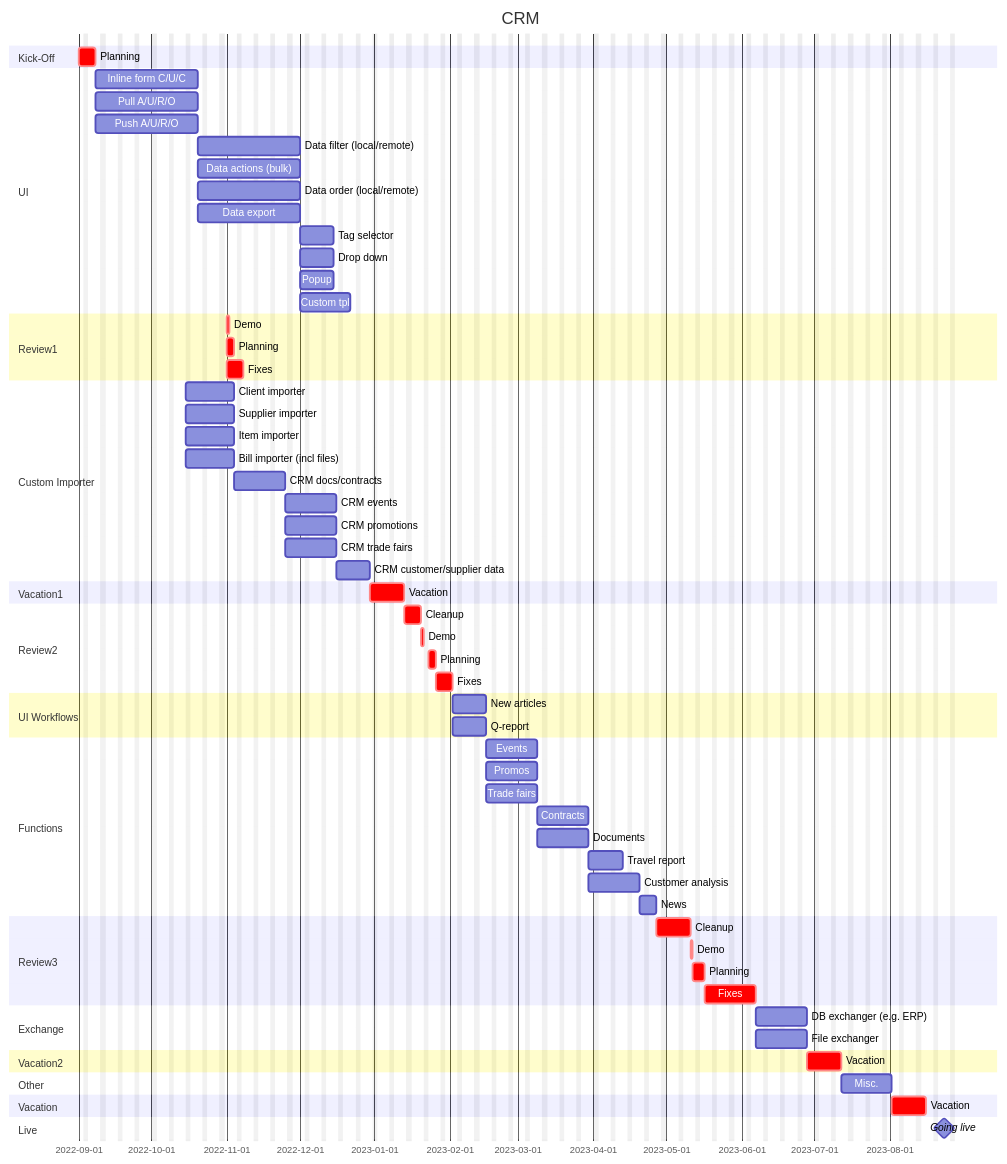
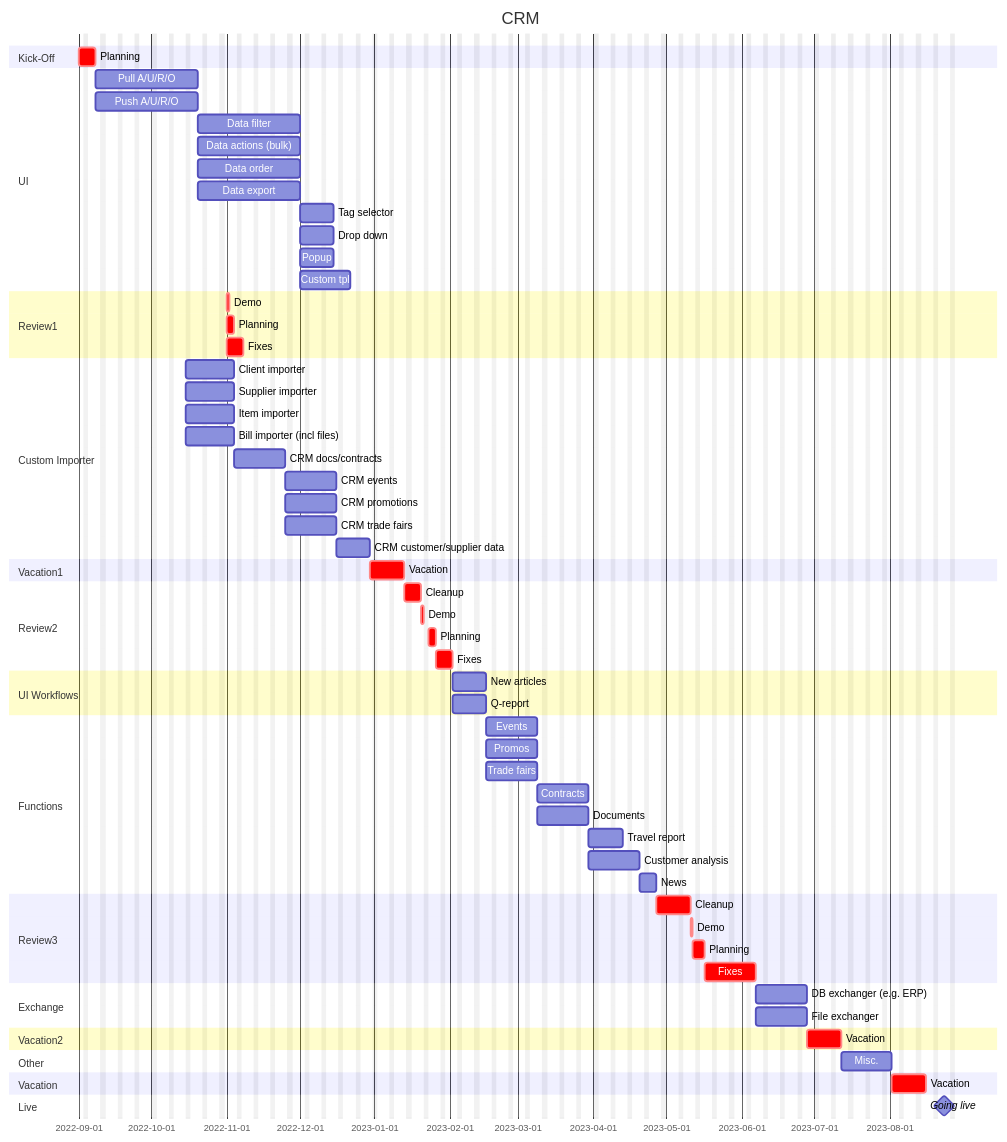
Before and after one commit to Karaka-Management/Organization-Guide: the diagram in Project/Pilot1/Timeline.md, drawn with Mermaid. The commit also changed 21 other files, not shown here.

````diff
--- a/Project/Pilot1/Timeline.md
+++ b/Project/Pilot1/Timeline.md
@@ -3,69 +3,68 @@
 ```mermaid
 gantt
     title 		CRM
     dateFormat  YYYY-MM-DD
     excludes 	weekends
     section Kick-Off
     	Planning					:crit, a, 2022-09-01, 5d
     section UI
-        Inline form C/U/C 			:1a1, after a, 30d
         Pull A/U/R/O 	 			:1a2, after a, 30d
         Push A/U/R/O 	 			:1a3, after a, 30d
-    	Data filter (local/remote)	:1b1, after 1a1, 30d
+    	Data filter 				:1b1, after 1a1, 30d
     	Data actions (bulk)			:1b2, after 1a1, 30d
-    	Data order   (local/remote)	:1b3, after 1a1, 30d
+    	Data order  				:1b3, after 1a1, 30d
     	Data export  				:1b4, after 1a1, 30d
     	Tag selector				:1c1, after 1b4, 10d
     	Drop down					:1c2, after 1b4, 10d
     	Popup						:1c3, after 1b4, 10d
     	Custom tpl			 		:1d1, after 1b1, 15d
     section Review1
     	Demo						:crit, 0a1, 2022-11-01, 1d
     	Planning					:crit, 0a2, 2022-11-01, 3d
     	Fixes						:crit, 0a3, 2022-11-01, 5d
     section Custom Importer
     	Client importer      		:2a1, 2022-10-15, 15d
     	Supplier importer    		:2b1, 2022-10-15, 15d
     	Item importer        		:2c1, 2022-10-15, 15d
     	Bill importer (incl files)  :2d1, 2022-10-15, 15d
     	CRM docs/contracts			:2e1, after 2d1, 15d
     	CRM events					:2f1, after 2e1, 15d
     	CRM promotions				:2f2, after 2e1, 15d
     	CRM trade fairs				:2f3, after 2e1, 15d
     	CRM customer/supplier data  :2g1, after 2f3, 10d
     section Vacation1
     	Vacation					:crit, v1, after 2g1, 10d
     section Review2
     	Cleanup						:crit, 0b1, after v1, 5d
     	Demo						:crit, 0b2, after 0b1, 1d
     	Planning					:crit, 0b3, after 0b2, 3d
     	Fixes						:crit, 0b4, after 0b3, 5d
     section UI Workflows
     	New articles				:3a1, after 0b4, 10d
     	Q-report					:3b1, after 0b4, 10d
     section Functions
     	Events						:4a1, after 3b1, 15d
     	Promos						:4b1, after 3b1, 15d
     	Trade fairs					:4c1, after 3b1, 15d
     	Contracts					:4d1, after 4c1, 15d
     	Documents					:4e1, after 4c1, 15d
     	Travel report				:4f1, after 4e1, 10d
     	Customer analysis			:4g1, after 4e1, 15d
     	News						:4h1, after 4g1, 5d
     section Review3
     	Cleanup						:crit, 0c1, after 4h1, 10d
     	Demo						:crit, 0c2, after 0c1, 1d
     	Planning					:crit, 0c3, after 0c2, 3d
     	Fixes						:crit, 0c4, after 0c3, 15d
     section Exchange
     	DB exchanger (e.g. ERP)		:5a1, after 0c4, 15d
     	File exchanger				:5b1, after 0c4, 15d
     section Vacation2
     	Vacation					:crit, v2, after 5b1, 10d
     section Other
     	Misc.						:6a1, after v2, 15d
     section Vacation
     	Vacation					:crit, v3, after 6a1, 10d
     section Live
     	Going live					:milestone, 2023-08-31
 ```
````
